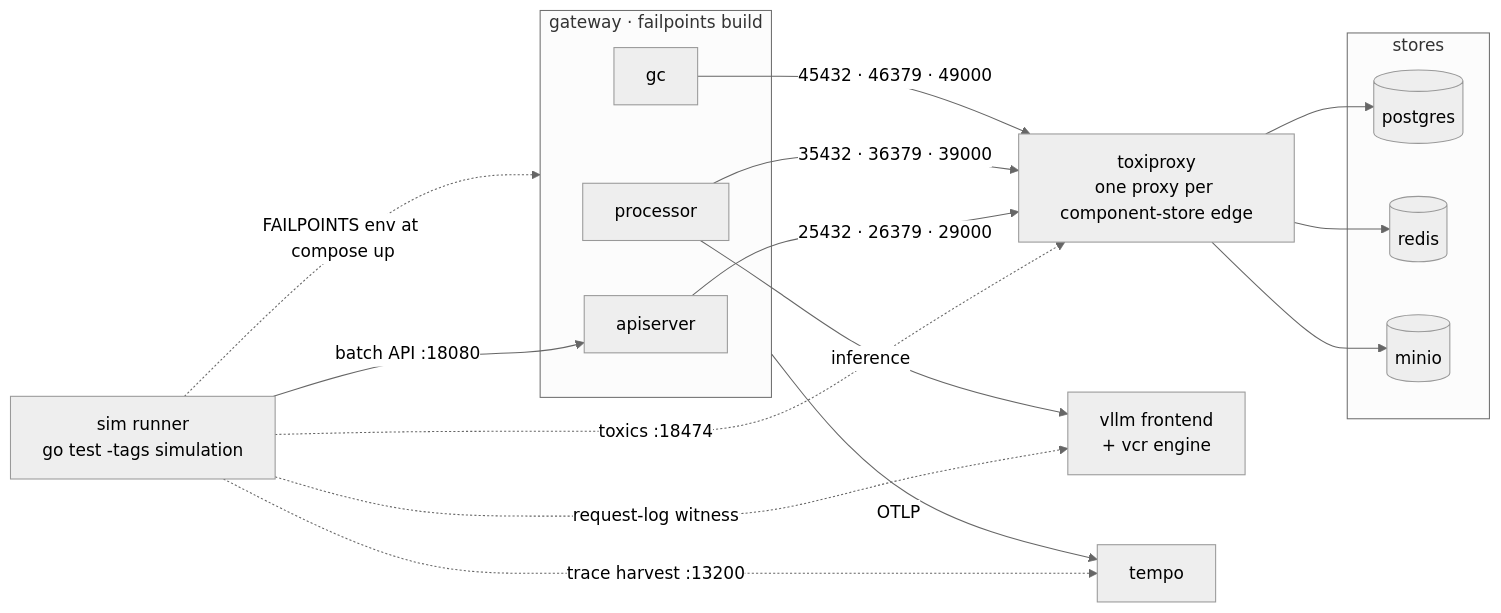
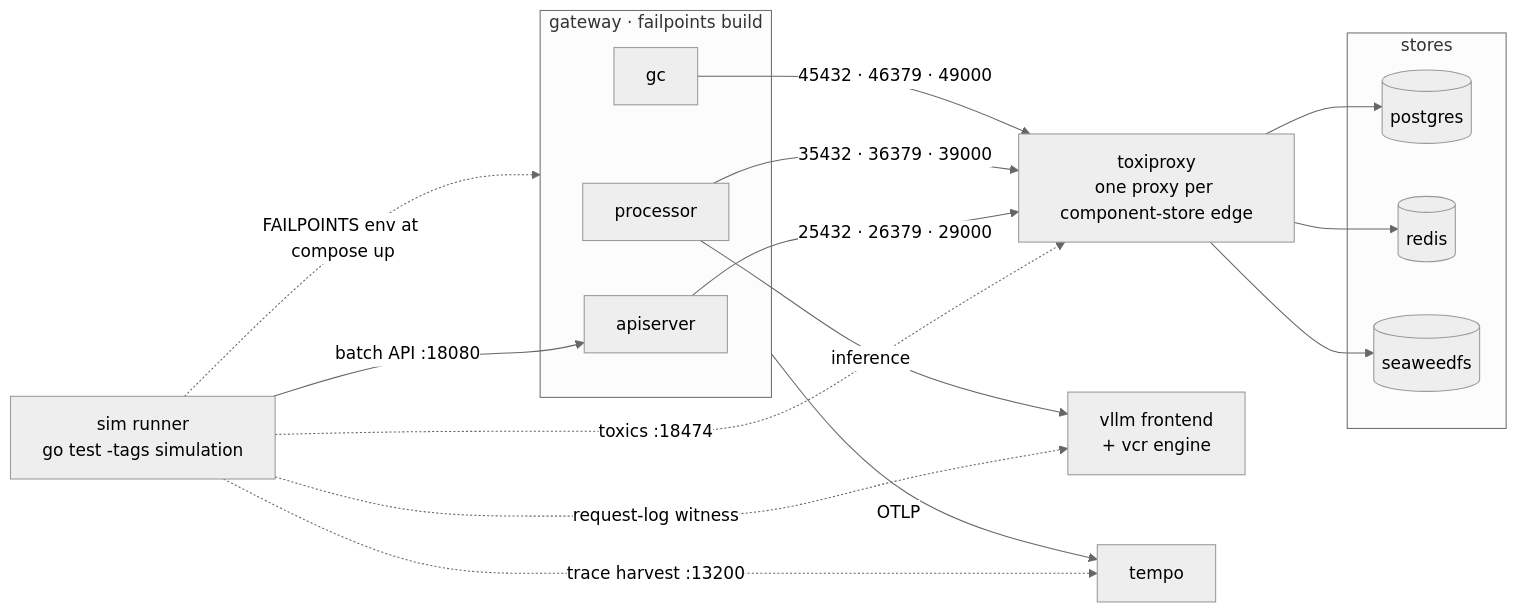
One commit to llm-d/llm-d-batch-gateway changed the diagram in test/simulation/README.md. Above: the diagram before and after it, drawn with Mermaid (neutral theme). The commit also changed other lines of this file and 5 other files, not shown here.

````diff
--- a/test/simulation/README.md
+++ b/test/simulation/README.md
@@ -15,36 +15,36 @@
 ```mermaid
 flowchart LR
     runner["sim runner<br/>go test -tags simulation"]
 
     subgraph gateway["gateway · failpoints build"]
         apiserver
         processor
         gc
     end
 
     tox["toxiproxy<br/>one proxy per component-store edge"]
 
     subgraph stores
         postgres[(postgres)]
         redis[(redis)]
-        minio[(minio)]
+        seaweedfs[(seaweedfs)]
     end
 
     vcr["vllm frontend<br/>+ vcr engine"]
     tempo[tempo]
 
     runner -->|"batch API :18080"| apiserver
     runner -.->|"toxics :18474"| tox
     runner -.->|"FAILPOINTS env at compose up"| gateway
     runner -.->|"request-log witness"| vcr
     runner -.->|"trace harvest :13200"| tempo
 
     apiserver -->|"25432 · 26379 · 29000"| tox
     processor -->|"35432 · 36379 · 39000"| tox
     gc -->|"45432 · 46379 · 49000"| tox
     tox --> postgres
     tox --> redis
-    tox --> minio
+    tox --> seaweedfs
     processor -->|inference| vcr
     gateway -->|OTLP| tempo
 ```
````
